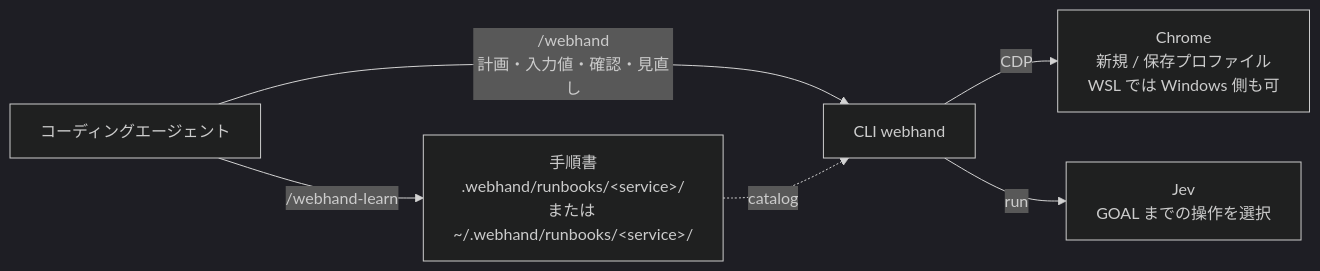
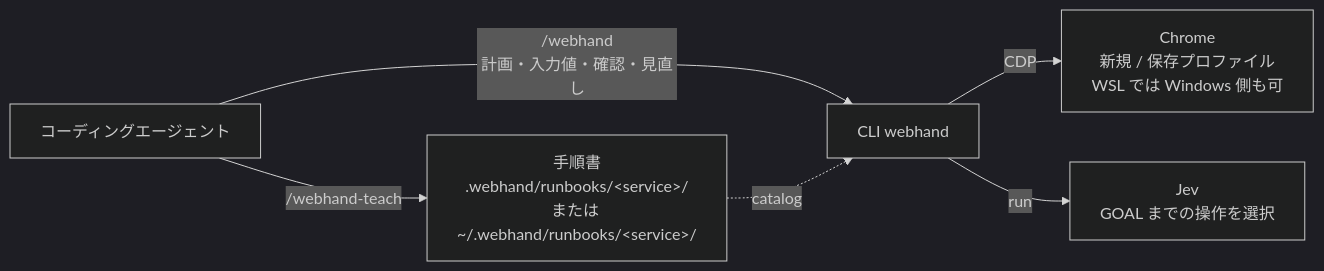
One commit to sakamoto66/webhand changed the diagram in docs/reference.ja.md. Above: the diagram before and after it, drawn with Mermaid (dark theme). The commit also changed other lines of this file and 42 other files, not shown here.

First line of the commit message:
refactor: replace learn/knowledge wording with teach, record, and memory

````diff
--- a/docs/reference.ja.md
+++ b/docs/reference.ja.md
@@ -20,8 +20,8 @@
 ```mermaid
 flowchart LR
-  AG["コーディングエージェント"] -->|"/webhand-learn"| RB["手順書<br>.webhand/runbooks/#lt;service#gt;/<br>または ~/.webhand/runbooks/#lt;service#gt;/"]
+  AG["コーディングエージェント"] -->|"/webhand-teach"| RB["手順書<br>.webhand/runbooks/#lt;service#gt;/<br>または ~/.webhand/runbooks/#lt;service#gt;/"]
   AG -->|"/webhand<br>計画・入力値・確認・見直し"| CLI["CLI webhand"]
   RB -.->|"catalog"| CLI
   CLI -->|"CDP"| CH["Chrome<br>新規 / 保存プロファイル<br>WSL では Windows 側も可"]
   CLI -->|"run"| JEV["Jev<br>GOAL までの操作を選択"]
 ```
````
